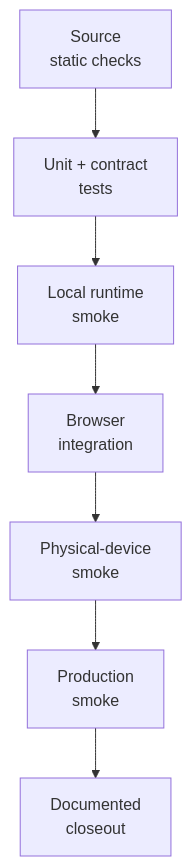
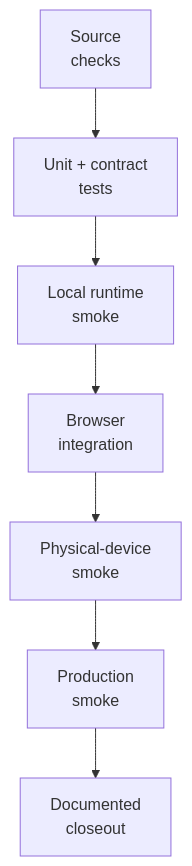
The third of 3 diagrams in MILLENOVA_PUBLIC_FACADE_IMPLEMENTATION_PLAN.md (wilderruiz/millenova-project), drawn with Mermaid before and after one commit. The commit also changed other lines of this file, not shown here.

````diff
--- a/MILLENOVA_PUBLIC_FACADE_IMPLEMENTATION_PLAN.md
+++ b/MILLENOVA_PUBLIC_FACADE_IMPLEMENTATION_PLAN.md
@@ -520,9 +304,9 @@
 ```mermaid
 flowchart TD
-    S["Source<br/>static checks"] --> U["Unit + contract<br/>tests"]
+    S["Source<br/>checks"] --> U["Unit + contract<br/>tests"]
     U --> L["Local runtime<br/>smoke"]
     L --> B["Browser<br/>integration"]
     B --> D["Physical-device<br/>smoke"]
     D --> P["Production<br/>smoke"]
     P --> C["Documented<br/>closeout"]
 ```
````
